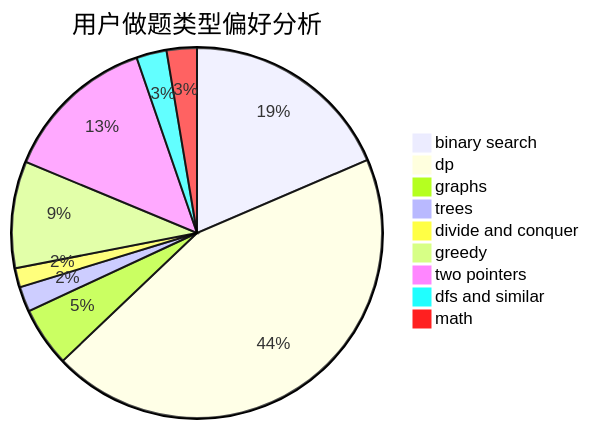
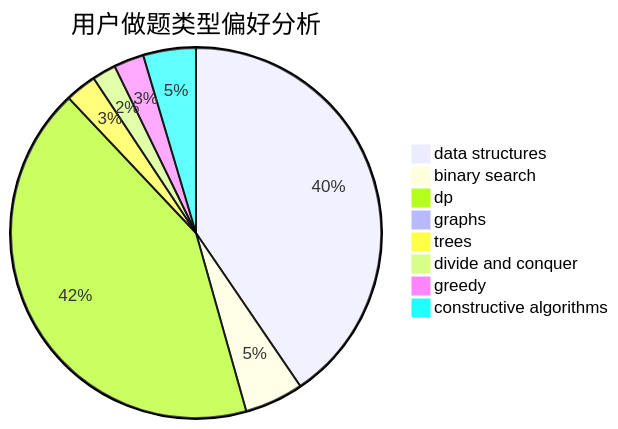
The second of 3 diagrams in docs/user/u1782.md (sherpahu/cfrs.github.io), drawn with Mermaid before and after one commit. The commit also changed other lines of this file and 2775 other files, not shown here.

````diff
--- a/docs/user/u1782.md
+++ b/docs/user/u1782.md
@@ -23,12 +23,11 @@
 ```mermaid
 pie title 用户做题类型偏好分析
-    "binary search" :  211
-    "dp" :  504
-    "graphs" :  59
+    "data structures" :  370
+    "binary search" :  47
+    "dp" :  387
+    "graphs" :  7
     "trees" :  25
     "divide and conquer" :  19
-    "greedy" :  106
-    "two pointers" :  153
-    "dfs and similar" :  30
-    "math" :  30
+    "greedy" :  24
+    "constructive algorithms" :  42
 ```
````
